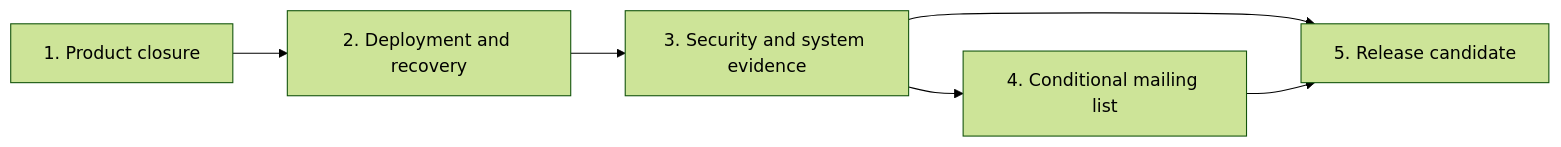
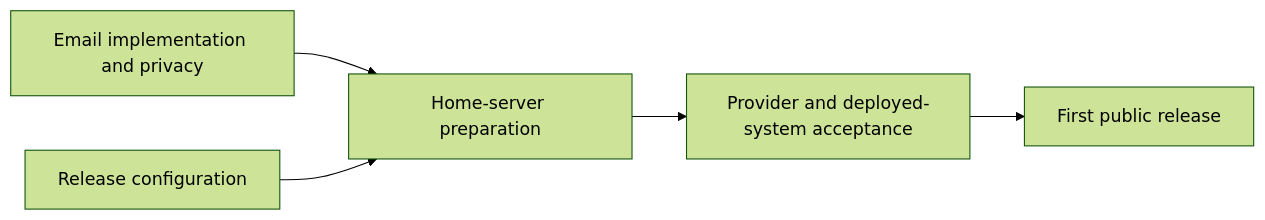
One commit to tee8z/maincopy changed the diagram in docs/implementation.md. Above: the diagram before and after it, drawn with Mermaid (forest theme). The commit also changed other lines of this file and 13 other files, not shown here.

````diff
--- a/docs/implementation.md
+++ b/docs/implementation.md
@@ -23,8 +23,7 @@
 ```mermaid
 flowchart LR
-    Product[1. Product closure] --> Operations[2. Deployment and recovery]
-    Operations --> Review[3. Security and system evidence]
-    Review --> Mail[4. Conditional mailing list]
-    Review --> Release[5. Release candidate]
-    Mail --> Release
+    Mail[Email implementation and privacy] --> Home[Home-server preparation]
+    Automation[Release configuration] --> Home
+    Home --> Acceptance[Provider and deployed-system acceptance]
+    Acceptance --> Release[First public release]
 ```
````
